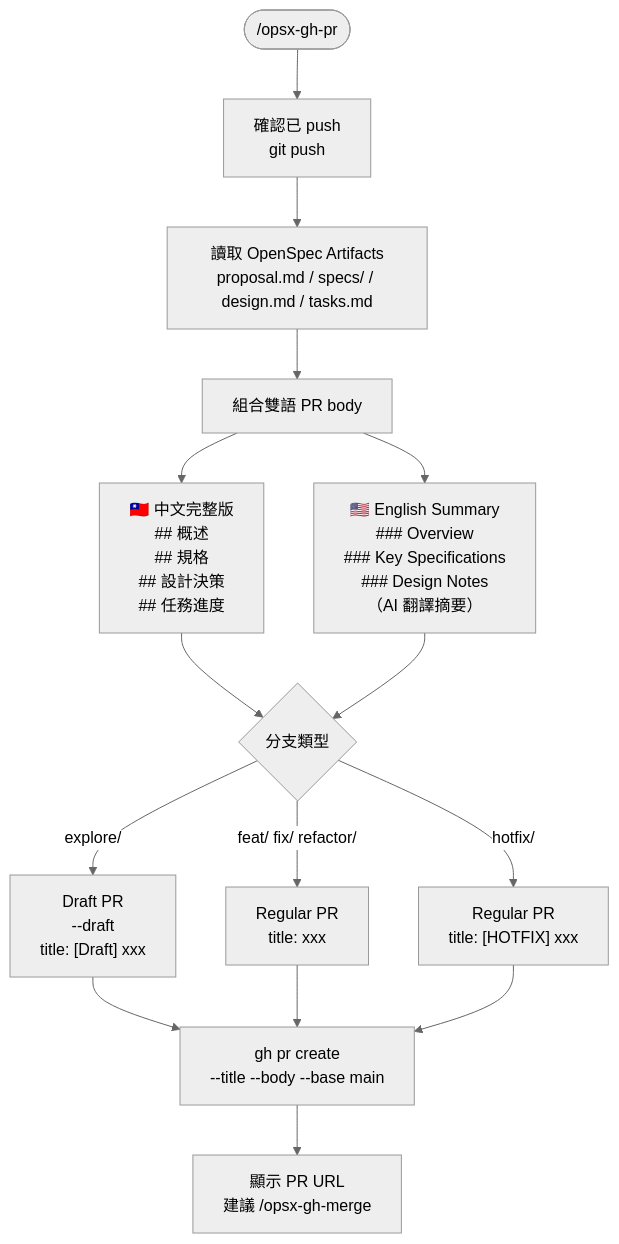
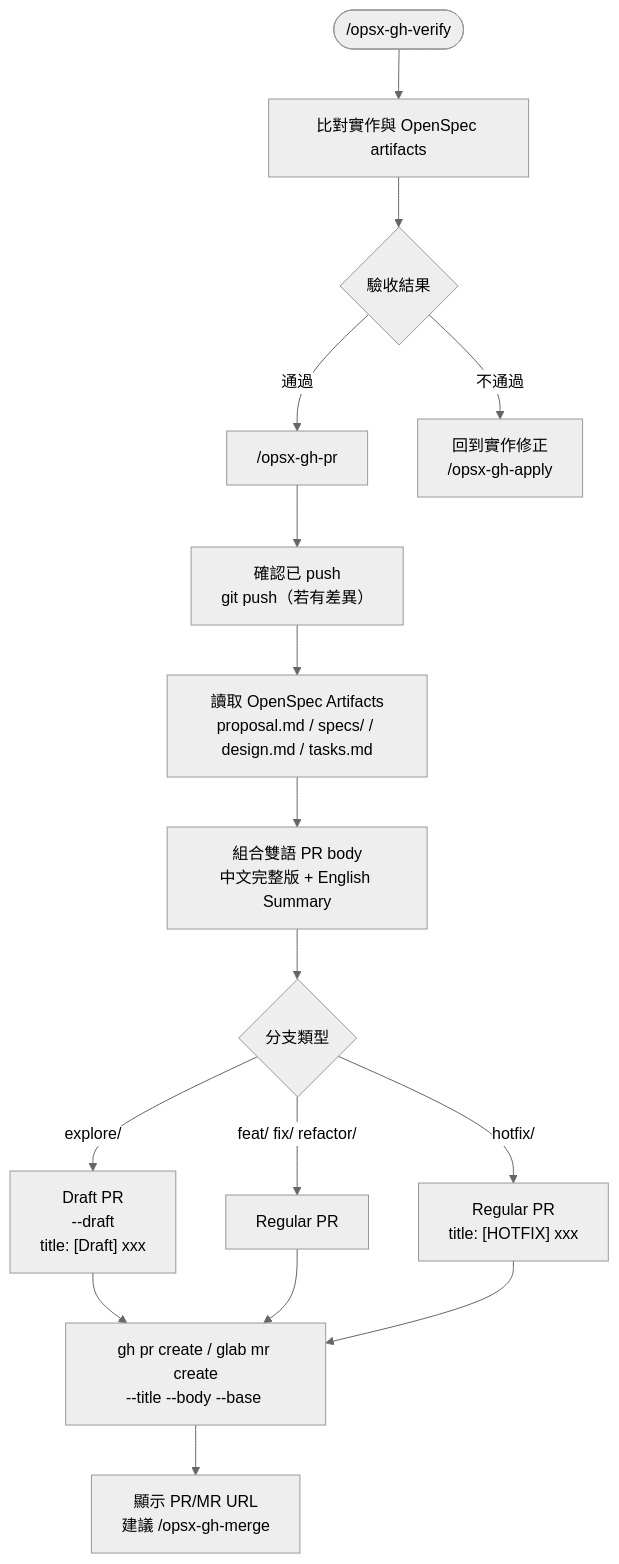
One commit to Martina-volley/openspec-gh-addon changed the third of 5 diagrams in .agent/opsx-gh-flowchart.md. Above: the diagram before and after it, drawn with Mermaid (neutral theme). The commit also changed other lines of this file and 1 other file, not shown here.

First line of the commit message:
docs: update guide and flowchart to v1.3

````diff
--- a/.agent/opsx-gh-flowchart.md
+++ b/.agent/opsx-gh-flowchart.md
@@ -74,21 +66,19 @@
 ```mermaid
 flowchart TD
-    PR(["/opsx-gh-pr"]) --> CHECK_PUSH["確認已 push\ngit push"]
+    VERIFY(["/opsx-gh-verify"]) --> CHECK_SPEC["比對實作與 OpenSpec artifacts"]
+    CHECK_SPEC --> RESULT{驗收結果}
+    RESULT -->|通過| PR["/opsx-gh-pr"]
+    RESULT -->|不通過| FIX_IMPL["回到實作修正\n/opsx-gh-apply"]
 
+    PR --> CHECK_PUSH["確認已 push\ngit push（若有差異）"]
     CHECK_PUSH --> READ_ART["讀取 OpenSpec Artifacts\nproposal.md / specs/ / design.md / tasks.md"]
+    READ_ART --> BUILD_BODY["組合雙語 PR body\n中文完整版 + English Summary"]
 
-    READ_ART --> BUILD_BODY["組合雙語 PR body"]
-
-    BUILD_BODY --> CHINESE["🇹🇼 中文完整版\n## 概述\n## 規格\n## 設計決策\n## 任務進度"]
-    BUILD_BODY --> ENGLISH["🇺🇸 English Summary\n### Overview\n### Key Specifications\n### Design Notes\n（AI 翻譯摘要）"]
-
-    CHINESE & ENGLISH --> PR_TYPE{分支類型}
-
+    BUILD_BODY --> PR_TYPE{分支類型}
     PR_TYPE -->|"explore/"| DRAFT["Draft PR\n--draft\ntitle: [Draft] xxx"]
-    PR_TYPE -->|"feat/ fix/ refactor/"| REGULAR["Regular PR\ntitle: xxx"]
+    PR_TYPE -->|"feat/ fix/ refactor/"| REGULAR["Regular PR"]
     PR_TYPE -->|"hotfix/"| URGENT["Regular PR\ntitle: [HOTFIX] xxx"]
 
-    DRAFT & REGULAR & URGENT --> CREATE["gh pr create\n--title --body --base main"]
-
-    CREATE --> SHOW_URL["顯示 PR URL\n建議 /opsx-gh-merge"]
+    DRAFT & REGULAR & URGENT --> CREATE["gh pr create / glab mr create\n--title --body --base <target>"]
+    CREATE --> SHOW_URL["顯示 PR/MR URL\n建議 /opsx-gh-merge"]
 ```
````
